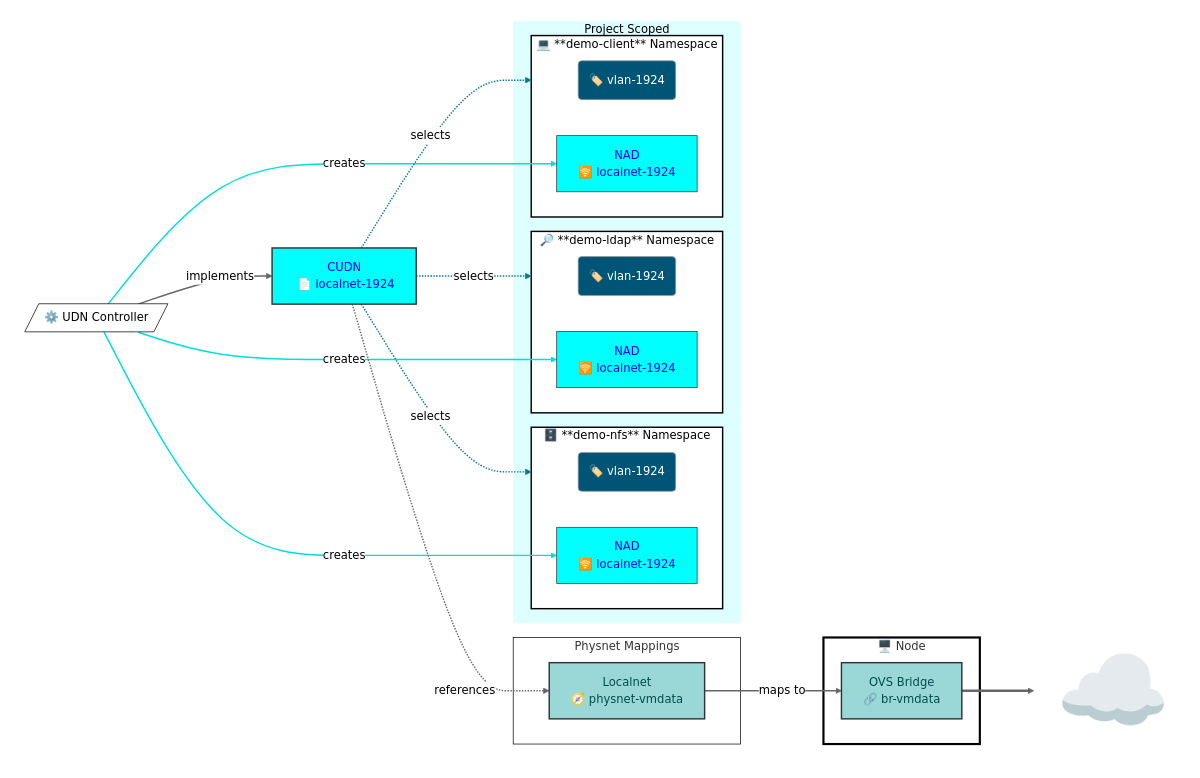
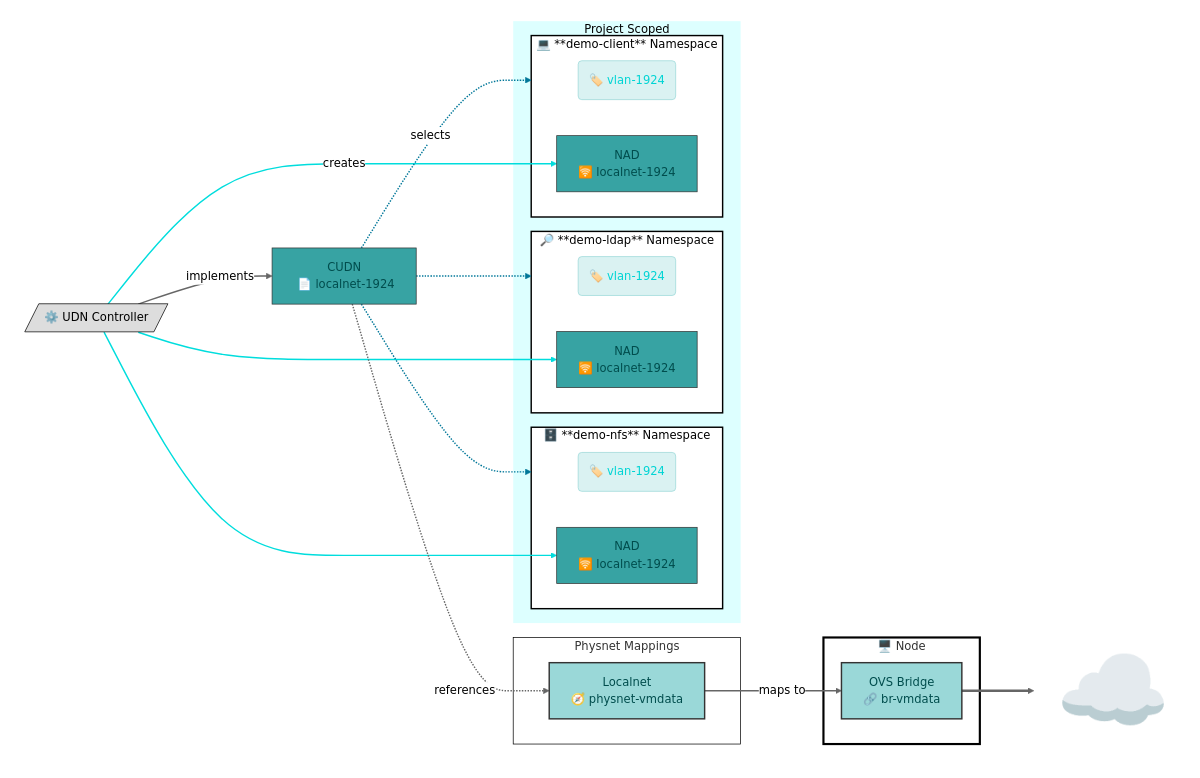
One commit to dlbewley/demo-rhone-26 changed the fifth of 7 diagrams in README.md. Above: the diagram before and after it, drawn with Mermaid (neutral theme). The commit also changed other lines of this file, not shown here.

````diff
--- a/README.md
+++ b/README.md
@@ -255,78 +229,73 @@
 ```mermaid
 graph LR;
     subgraph Cluster[" "]
       udn-localnet-1924["CUDN<br>️ 📄 localnet-1924"]:::udn-localnet-1924
       udn-controller[/"⚙️ UDN Controller"/]
 
       subgraph Localnets["Physnet Mappings"]
         physnet-vmdata[Localnet<br> 🧭 physnet-vmdata]:::nad-1924;
       end
 
       subgraph Project["Project Scoped"]
         subgraph ns-nfs["🗄️ **demo-nfs** Namespace"]
           label-nfs("🏷️ vlan-1924"):::labels;
           nad-1924-nfs[NAD<br> 🛜 localnet-1924];
         end
 
         subgraph ns-ldap["🔎 **demo-ldap** Namespace"]
           label-ldap("🏷️ vlan-1924"):::labels;
           nad-1924-ldap[NAD<br> 🛜 localnet-1924]:::nad-1924;
         end
 
         subgraph ns-client["💻 **demo-client** Namespace"]
           label-client("🏷️ vlan-1924"):::labels;
           nad-1924-client[NAD<br> 🛜 localnet-1924]:::nad-1924;
         end
       end
       subgraph node1["🖥️ Node "]
         br-vmdata[ OVS Bridge<br> 🔗 br-vmdata]:::vlan-1924;
       end
     end
 
     udn-localnet-1924 -. selects .-> ns-client
-    udn-localnet-1924 -. selects .-> ns-ldap
-    udn-localnet-1924 -. selects .-> ns-nfs
+    udn-localnet-1924 -.-> ns-ldap
+    udn-localnet-1924 -.-> ns-nfs
 
     linkStyle 0,1,2 stroke:#007799,stroke-width:2px;
 
-    udn-controller --creates--> nad-1924-nfs
-    udn-controller --creates--> nad-1924-ldap
     udn-controller --creates--> nad-1924-client
+    udn-controller ---> nad-1924-nfs
+    udn-controller ---> nad-1924-ldap
 
     linkStyle 3,4,5 stroke:#00dddd,stroke-width:2px;
 
     udn-controller == implements ==> udn-localnet-1924
     udn-localnet-1924 -. references .-> physnet-vmdata
     physnet-vmdata -- maps to --> br-vmdata
 
     linkStyle 6,7,8 stroke-width:2px;
 
     Internet["☁️ "]:::Internet
     br-vmdata ==> Internet
 
-    classDef node-eth fill:#00dddd,color:#00f,stroke:#333,stroke-width:2px;
-
     classDef bond1 fill:#9ad8d8,color:#004d4d,stroke:#333,stroke-width:2px
     class br-vmdata,physnet-vmdata bond1
 
-    classDef vlan-1924 fill:#00dddd,color:#00f,stroke:#333,stroke-width:2px;
-    classDef udn-localnet-1924 fill:#00ffff,color:#00f,stroke:#333,stroke-width:2px;
-
-    classDef labels stroke-width:1px,color:#fff,fill:#005577;
+    classDef labels stroke-width:1px,stroke:#9ad8d8,color:#00d4d4,fill:#daf2f2;
     classDef networks fill:#cdd,stroke-width:0px;
 
-    style udn-controller fill:#fff,stroke:#000,stroke-width:1px;
+    style udn-controller fill:#ddd,stroke:#000,stroke-width:1px;
     style node1 fill:#fff,stroke:#000,stroke-width:3px;
     style Localnets fill:#fff,stroke:#000,stroke-width:1px;
     style Cluster color:#000,fill:#fff,stroke:#333,stroke-width:0px;
     style Project color:#000,fill:#dff,stroke:#333,stroke-width:0px
     style Internet fill:none,stroke-width:0px,font-size:+2em;
 
     classDef nodes stroke-width:3px;
     class node1,node2,node3 nodes;
     classDef namespace color:#000,fill:#fff,stroke:#000,stroke-width:2px;
     class ns-nfs,ns-client,ns-ldap namespace;
 
-    classDef nad-1924 fill:#00ffff,color:#00f,stroke:#333,stroke-width:1px;
-    class nad-1924-client,nad-1924-ldap,nad-1924-nfs nad-1924;
+    classDef nad-1924 fill:#37a3a3,color:#004d4d,stroke:#333,stroke-width:1px;
+    class nad-1924-client,nad-1924-ldap,nad-1924-nfs,udn-localnet-1924 nad-1924;
 ```
````
